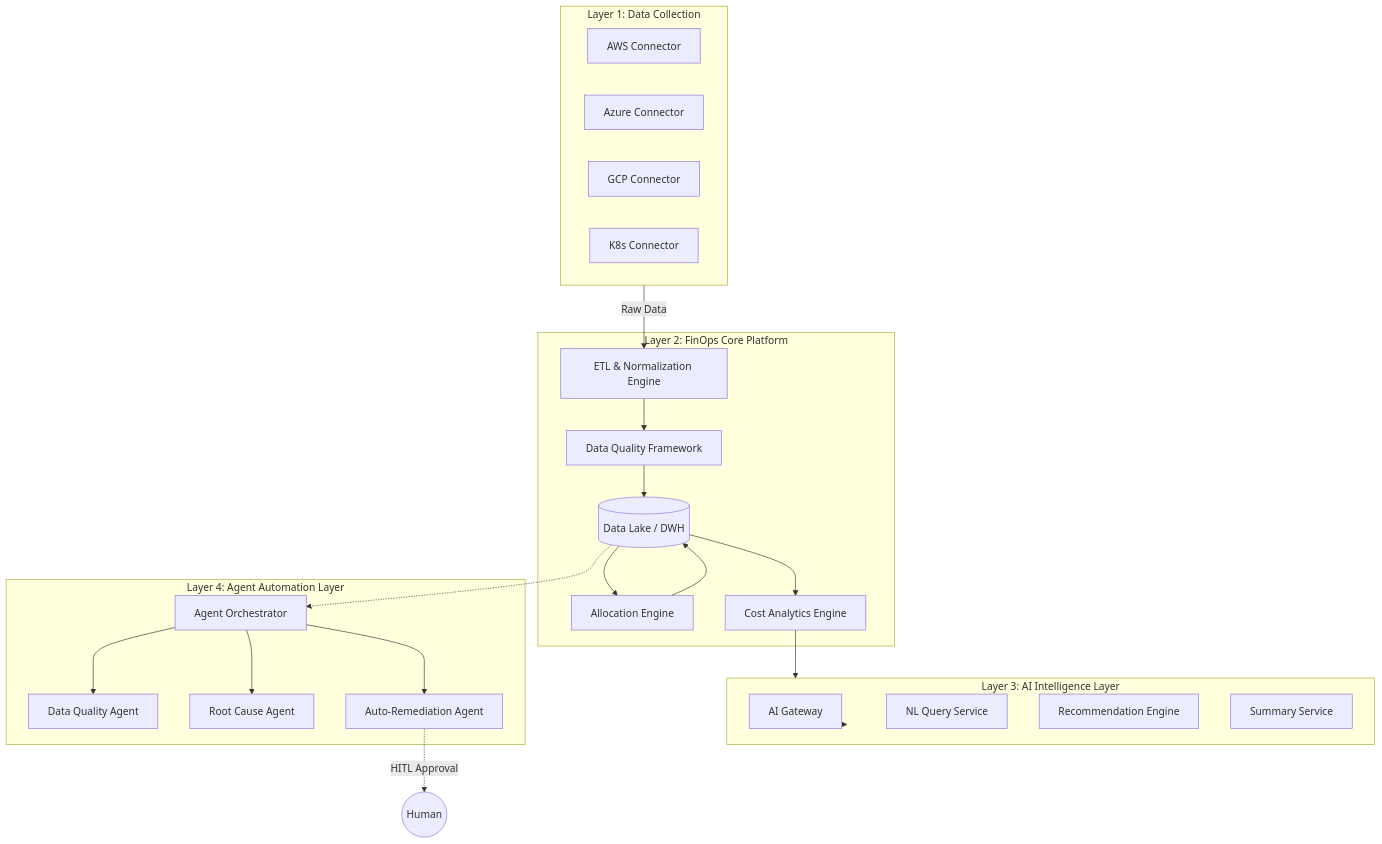
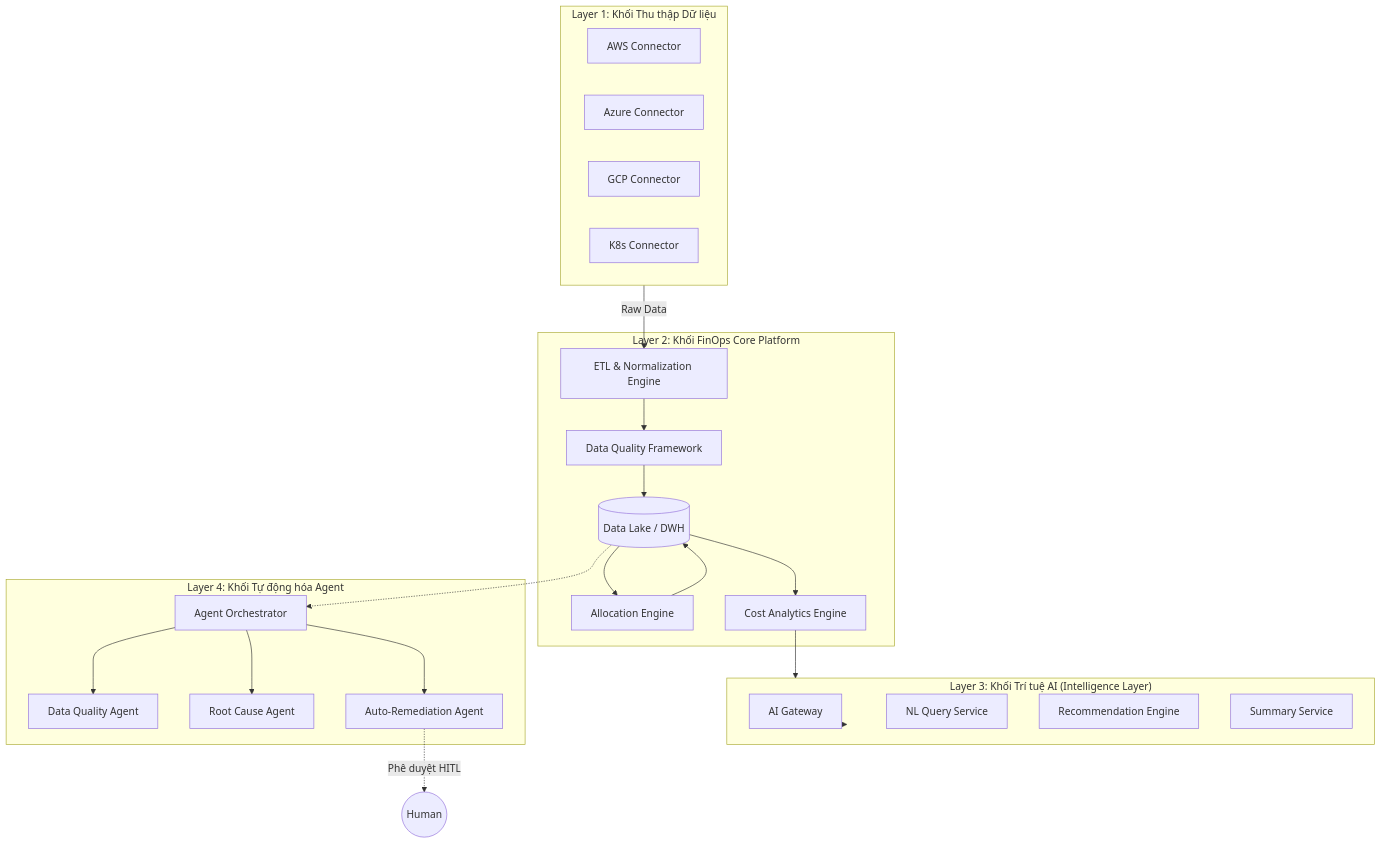
The second of 5 diagrams in pages/architecture.vi.mdx (alan-do/frt-finops-gitbook), drawn with Mermaid before and after one commit. The commit also changed other lines of this file, not shown here.

Commit message:
Update: Translate Enterprise FinOps HLD to Vietnamese

````diff
--- a/pages/architecture.vi.mdx
+++ b/pages/architecture.vi.mdx
@@ -77,44 +77,44 @@
 ```mermaid
 graph TD
-    subgraph Layer1 ["Layer 1: Data Collection"]
+    subgraph Layer1 ["Layer 1: Khối Thu thập Dữ liệu"]
         C_AWS[AWS Connector]
         C_AZURE[Azure Connector]
         C_GCP[GCP Connector]
         C_K8S[K8s Connector]
     end
 
-    subgraph Layer2 ["Layer 2: FinOps Core Platform"]
+    subgraph Layer2 ["Layer 2: Khối FinOps Core Platform"]
         ETL[ETL & Normalization Engine]
         DQ[Data Quality Framework]
         DB[(Data Lake / DWH)]
         ALLOC[Allocation Engine]
         ANALYTICS[Cost Analytics Engine]
         
         ETL --> DQ
         DQ --> DB
         DB --> ALLOC
         ALLOC --> DB
         DB --> ANALYTICS
     end
 
-    subgraph Layer3 ["Layer 3: AI Intelligence Layer"]
+    subgraph Layer3 ["Layer 3: Khối Trí tuệ AI (Intelligence Layer)"]
         AIGW[AI Gateway]
         NLQ[NL Query Service]
         REC[Recommendation Engine]
         SUM[Summary Service]
     end
 
-    subgraph Layer4 ["Layer 4: Agent Automation Layer"]
+    subgraph Layer4 ["Layer 4: Khối Tự động hóa Agent"]
         ORCH[Agent Orchestrator]
         DQA[Data Quality Agent]
         RCA[Root Cause Agent]
         ARA[Auto-Remediation Agent]
     end
 
     Layer1 -->|Raw Data| ETL
     ANALYTICS --> Layer3
     Layer3 --> AIGW
     ORCH --> DQA & RCA & ARA
     DB -.-> ORCH
-    ARA -.->|HITL Approval| User((Human))
+    ARA -.->|Phê duyệt HITL| User((Human))
 ```
````
